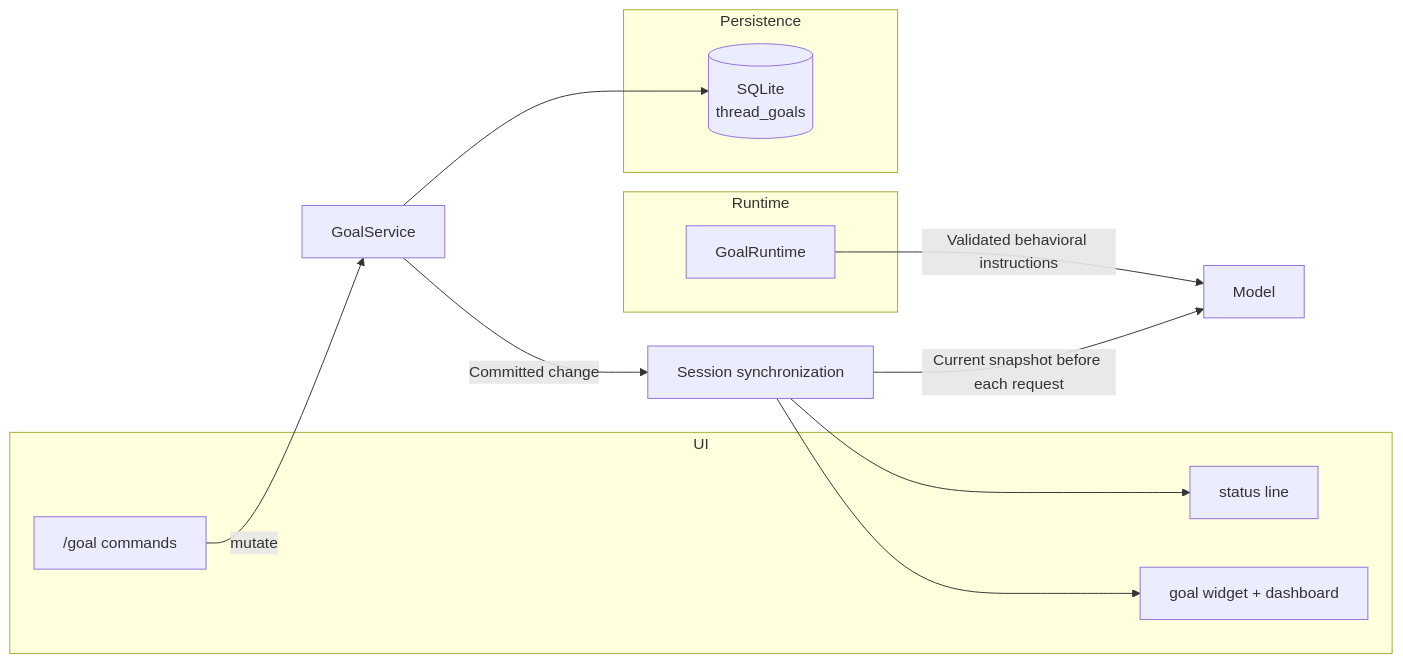
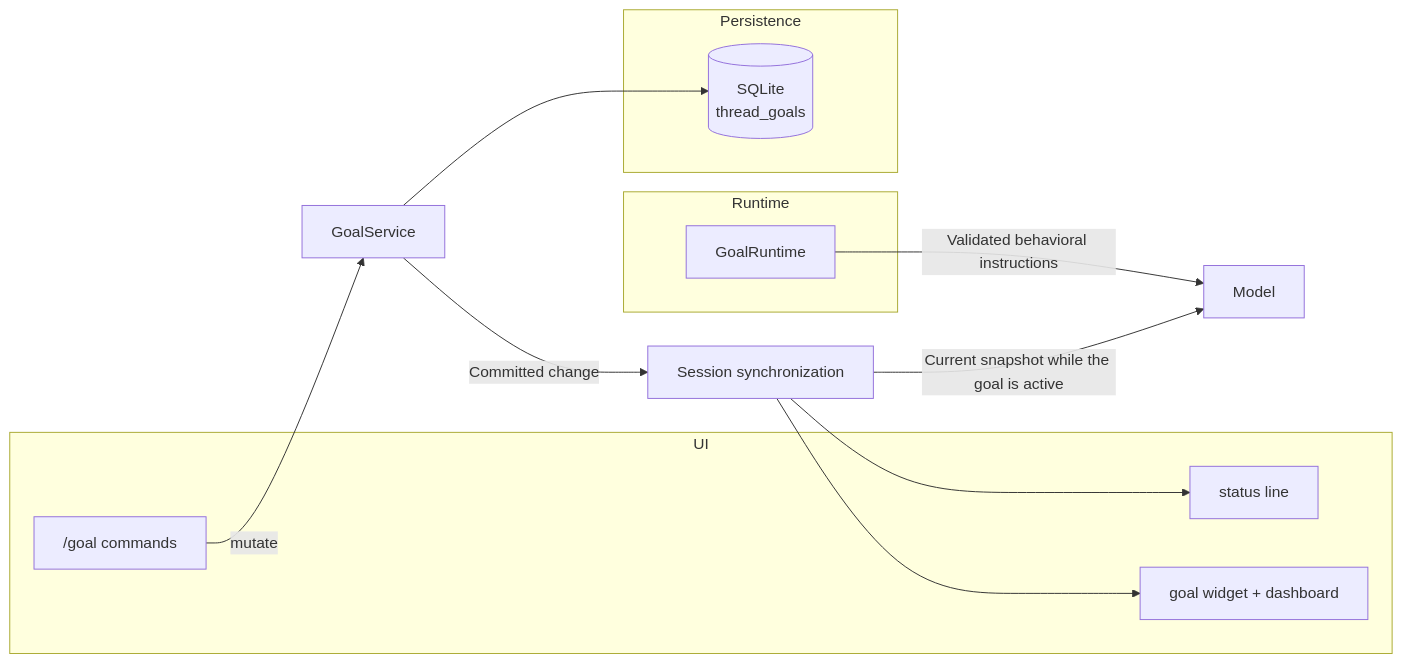
One commit to WeZZard/pi-secretary changed the sixth of 7 diagrams in docs/arch/architecture.md. Above: the diagram before and after it, drawn with Mermaid. The commit also changed other lines of this file and 9 other files, not shown here.

````diff
--- a/docs/arch/architecture.md
+++ b/docs/arch/architecture.md
@@ -350,21 +350,21 @@
 ```mermaid
 flowchart LR
     subgraph Persistence
         DB[(SQLite<br/>thread_goals)]
     end
     subgraph Runtime
         RT[GoalRuntime]
     end
     subgraph UI
         WID["goal widget + dashboard"]
         STAT["status line"]
         CMD["/goal commands"]
     end
     SVC -- "Committed change" --> SYNC[Session synchronization]
     SYNC --> WID
     SYNC --> STAT
-    SYNC -- "Current snapshot before each request" --> MODEL[Model]
+    SYNC -- "Current snapshot while the goal is active" --> MODEL[Model]
     RT -- "Validated behavioral instructions" --> MODEL
     CMD -- "mutate" --> SVC[GoalService]
     SVC --> DB
 ```
````
